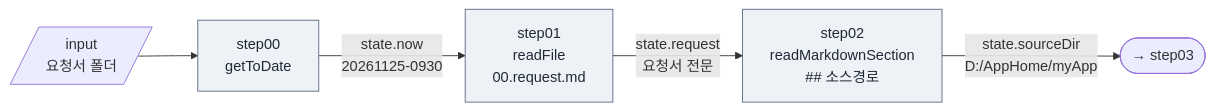
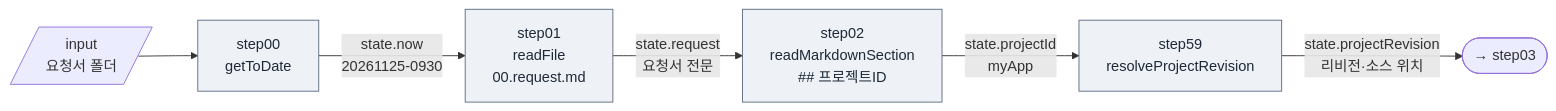
Before and after one commit to YongSoekChoeng/dstone: the fifth of 24 diagrams in docs/09.dstone-ai-engine-sm-workflow.md, drawn with Mermaid. The commit also changed other lines of this file and 55 other files, not shown here.

````diff
--- a/docs/09.dstone-ai-engine-sm-workflow.md
+++ b/docs/09.dstone-ai-engine-sm-workflow.md
@@ -416,8 +412,9 @@
 ```mermaid
 flowchart LR
     IN[/"input<br/>요청서 폴더"/] --> step00["step00<br/>getToDate"]:::tool
     step00 -->|"state.now<br/>20261125-0930"| step01["step01<br/>readFile<br/>00.request.md"]:::tool
-    step01 -->|"state.request<br/>요청서 전문"| step02["step02<br/>readMarkdownSection<br/>## 소스경로"]:::tool
-    step02 -->|"state.sourceDir<br/>D:/AppHome/myApp"| NEXT(["→ step03"])
+    step01 -->|"state.request<br/>요청서 전문"| step02["step02<br/>readMarkdownSection<br/>## 프로젝트ID"]:::tool
+    step02 -->|"state.projectId<br/>myApp"| step59["step59<br/>resolveProjectRevision"]:::tool
+    step59 -->|"state.projectRevision<br/>리비전·소스 위치"| NEXT(["→ step03"])
     classDef tool fill:#eef2f7,stroke:#5b6b82,color:#1f2937
 ```
````
